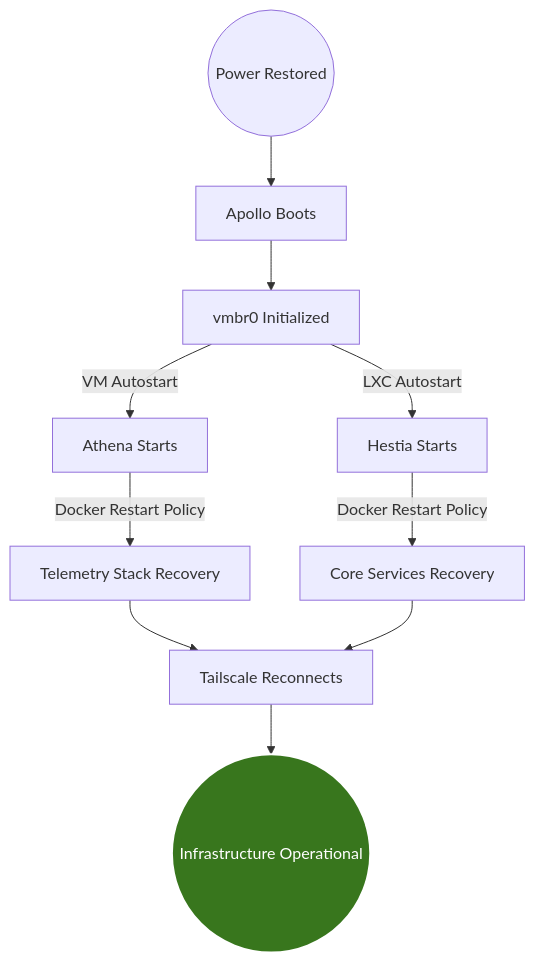
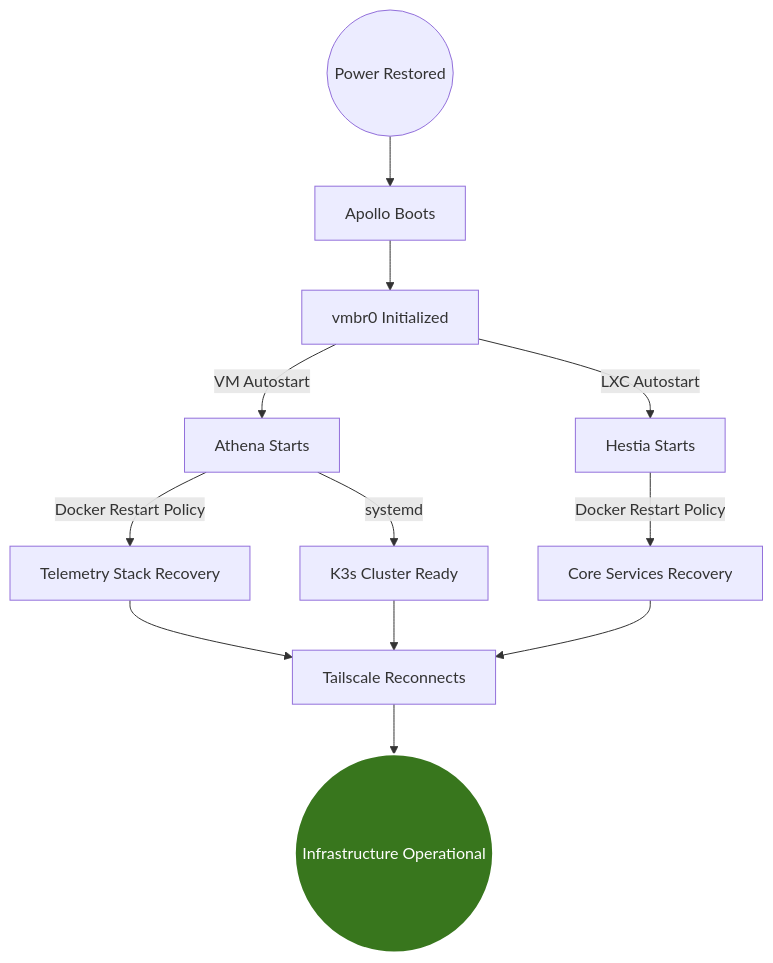
Before and after one commit to SwapnajXD/HomeLab: the diagram in architecture/recovery-flow.mmd, drawn with Mermaid. The commit also changed 3 other files, not shown here.

Commit message:
architecture diagrams updated

````diff
--- a/architecture/recovery-flow.mmd
+++ b/architecture/recovery-flow.mmd
@@ -1,38 +1,41 @@
 ```mermaid
 graph TD
 
     Start((Power Restored))
 
     Apollo["Apollo Boots"]
 
     Network["vmbr0 Initialized"]
 
     Athena["Athena Starts"]
     Hestia["Hestia Starts"]
 
     Telemetry["Telemetry Stack Recovery"]
+    K3s["K3s Cluster Ready"]
     Core["Core Services Recovery"]
 
     Tailscale["Tailscale Reconnects"]
 
     Finish((Infrastructure Operational))
 
     Start --> Apollo
 
     Apollo --> Network
 
     Network -->|VM Autostart| Athena
     Network -->|LXC Autostart| Hestia
 
     Athena -->|Docker Restart Policy| Telemetry
+    Athena -->|systemd| K3s
     Hestia -->|Docker Restart Policy| Core
 
     Telemetry --> Tailscale
+    K3s --> Tailscale
     Core --> Tailscale
 
     Tailscale --> Finish
 
     classDef success fill:#38761d,color:#ffffff,stroke:#ffffff,stroke-width:2px;
 
     class Finish success;
 ```
````
